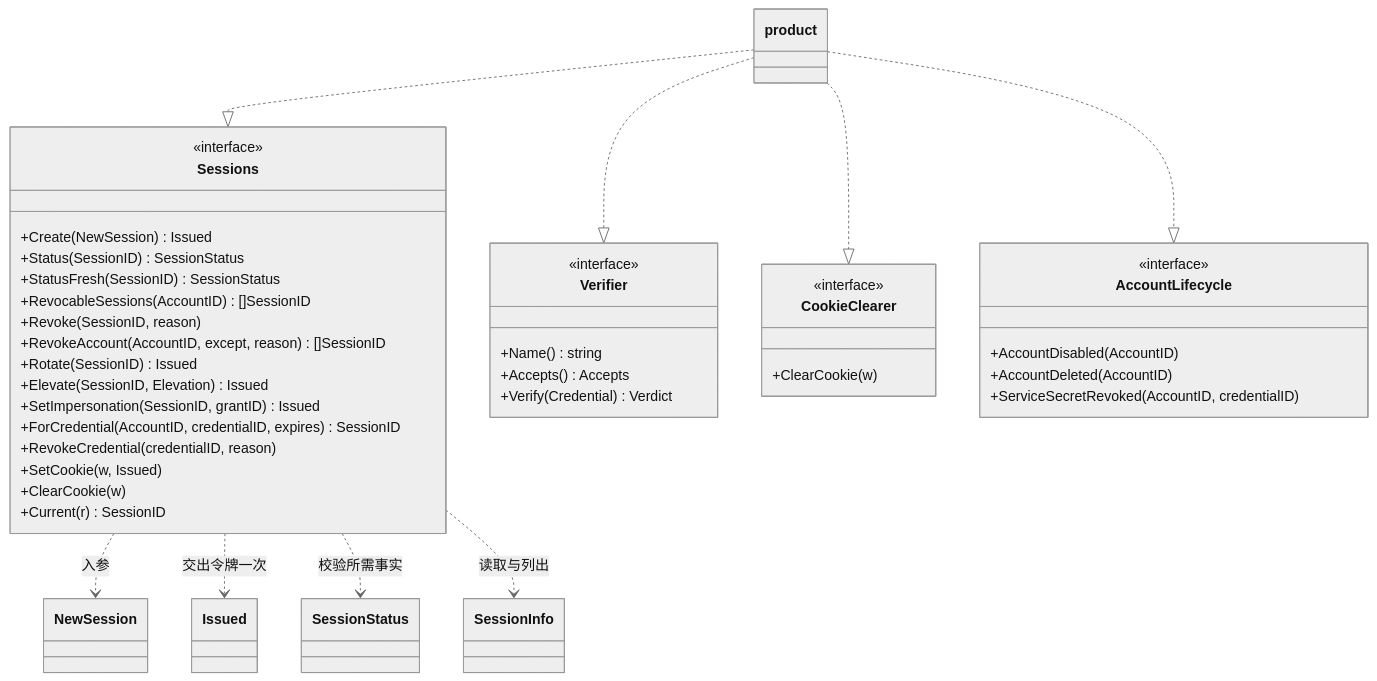
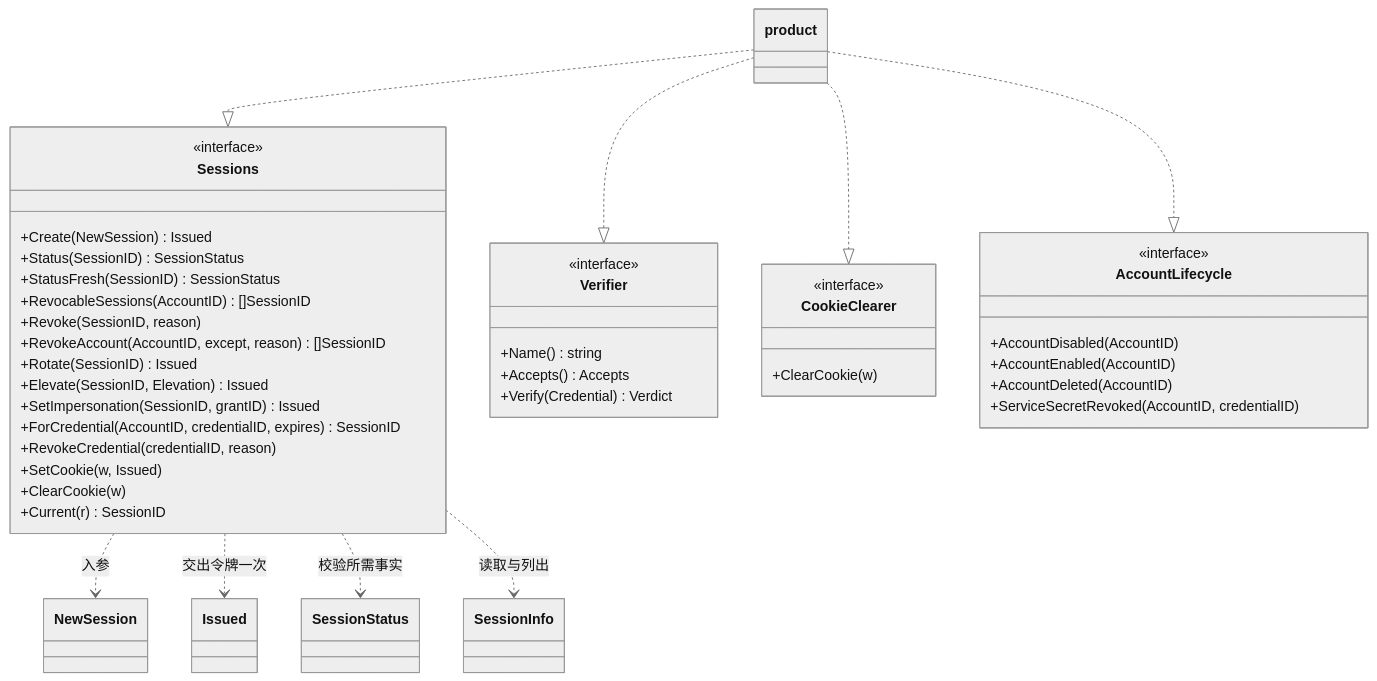
The first of 4 diagrams in docs/design/modules/authn/design-authn-session.md (wangzw/speed), drawn with Mermaid (neutral theme) before and after one commit. The commit also changed other lines of this file and 21 other files, not shown here.

````diff
--- a/docs/design/modules/authn/design-authn-session.md
+++ b/docs/design/modules/authn/design-authn-session.md
@@ -170,49 +170,50 @@
 ```mermaid
 classDiagram
     class Sessions {
         <<interface>>
         +Create(NewSession) Issued
         +Status(SessionID) SessionStatus
         +StatusFresh(SessionID) SessionStatus
         +RevocableSessions(AccountID) []SessionID
         +Revoke(SessionID, reason)
         +RevokeAccount(AccountID, except, reason) []SessionID
         +Rotate(SessionID) Issued
         +Elevate(SessionID, Elevation) Issued
         +SetImpersonation(SessionID, grantID) Issued
         +ForCredential(AccountID, credentialID, expires) SessionID
         +RevokeCredential(credentialID, reason)
         +SetCookie(w, Issued)
         +ClearCookie(w)
         +Current(r) SessionID
     }
     class Verifier {
         <<interface>>
         +Name() string
         +Accepts() Accepts
         +Verify(Credential) Verdict
     }
     class CookieClearer {
         <<interface>>
         +ClearCookie(w)
     }
     class AccountLifecycle {
         <<interface>>
         +AccountDisabled(AccountID)
+        +AccountEnabled(AccountID)
         +AccountDeleted(AccountID)
         +ServiceSecretRevoked(AccountID, credentialID)
     }
     class product
     class NewSession
     class Issued
     class SessionStatus
     class SessionInfo
     product ..|> Sessions
     product ..|> Verifier
     product ..|> CookieClearer
     product ..|> AccountLifecycle
     Sessions ..> NewSession : 入参
     Sessions ..> Issued : 交出令牌一次
     Sessions ..> SessionStatus : 校验所需事实
     Sessions ..> SessionInfo : 读取与列出
 ```
````
